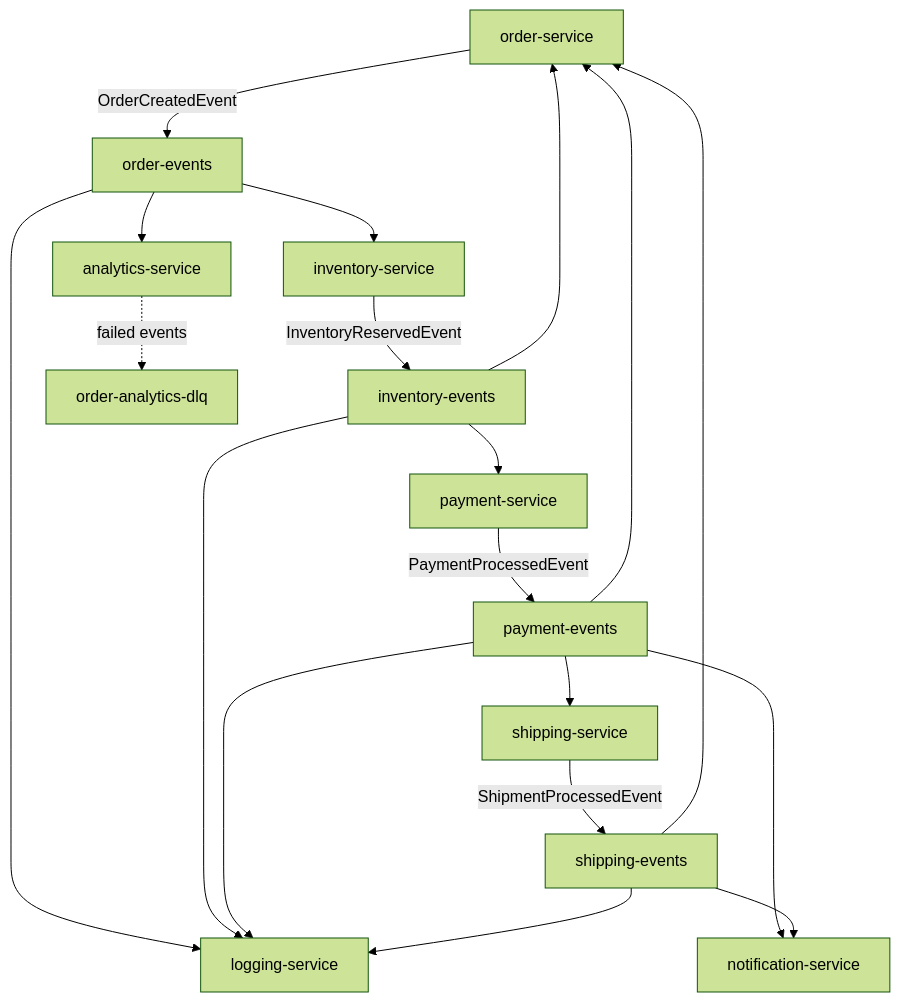
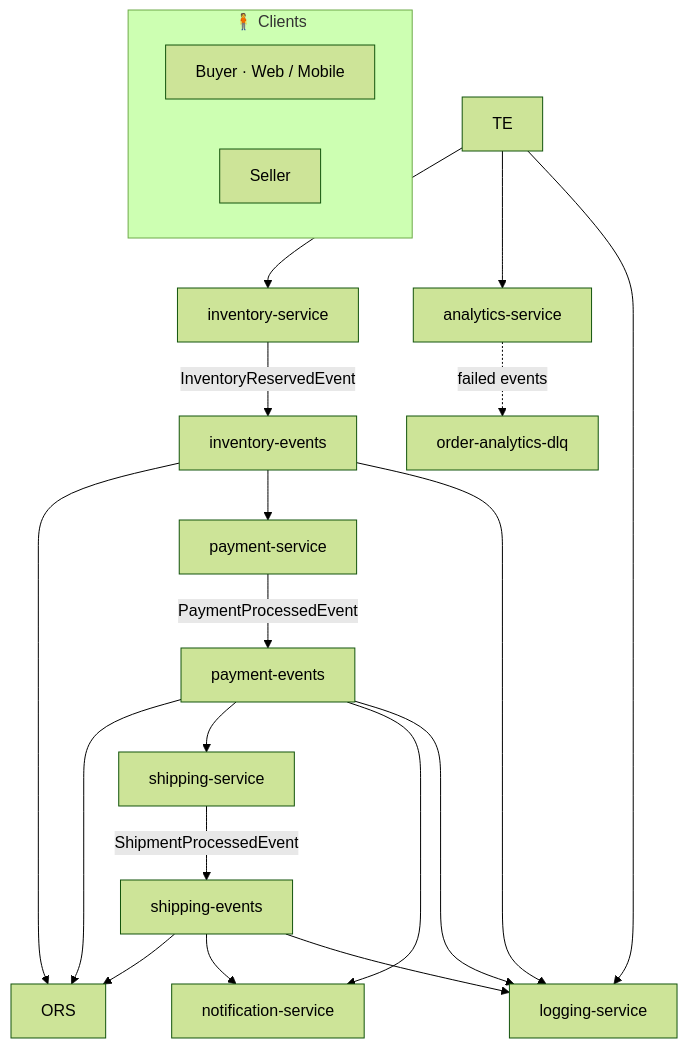
The second of 3 diagrams in README.md (zexxitywave/EventDrivenMesh), drawn with Mermaid (forest theme) before and after one commit.

Commit message:
docs(readme): add Clients subgraph to HLD diagram

````diff
--- a/README.md
+++ b/README.md
@@ -209,25 +209,29 @@
 ```mermaid
 flowchart TB
-    ORS[order-service] -->|OrderCreatedEvent| TE[order-events]
+
+    subgraph CLIENTS["🧍 Clients"]
+        BUYER["Buyer · Web / Mobile"]
+        SELLER["Seller"]
+    end
     TE --> INVS[inventory-service]
     TE --> ANS[analytics-service]
     TE --> LGS[logging-service]
 
     INVS -->|InventoryReservedEvent| IE[inventory-events]
     IE --> ORS
     IE --> PYS[payment-service]
     IE --> LGS
 
     PYS -->|PaymentProcessedEvent| PE[payment-events]
     PE --> ORS
     PE --> SHS[shipping-service]
     PE --> NTS[notification-service]
     PE --> LGS
 
     SHS -->|ShipmentProcessedEvent| SE[shipping-events]
     SE --> ORS
     SE --> NTS
     SE --> LGS
 
     ANS -.failed events.-> DLQ[order-analytics-dlq]
 ```
````
